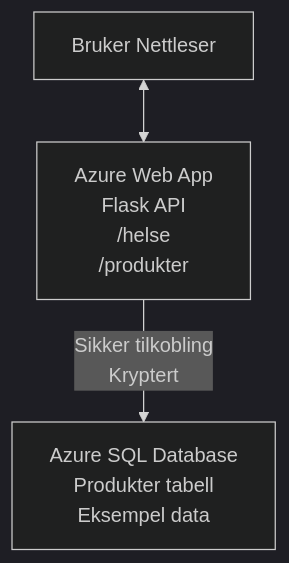
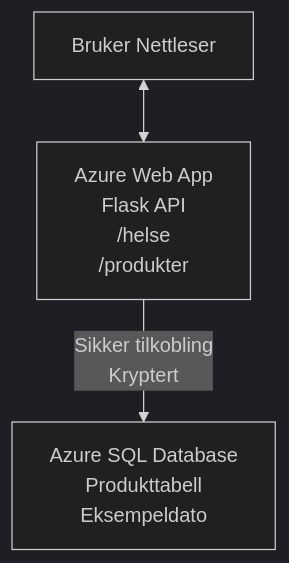
The diagram in translations/no/examples/database-app/README.md (microsoft/AZD-for-beginners), drawn with Mermaid (dark theme) before and after one commit. The commit also changed other lines of this file and 104 other files, not shown here.

````diff
--- a/translations/no/examples/database-app/README.md
+++ b/translations/no/examples/database-app/README.md
@@ -72,5 +72,5 @@
 ```mermaid
 graph TD
     Browser[Bruker Nettleser] <--> WebApp[Azure Web App<br/>Flask API<br/>/helse<br/>/produkter]
-    WebApp -- Sikker tilkobling<br/>Kryptert --> SQL[Azure SQL Database<br/>Produkter tabell<br/>Eksempel data]
+    WebApp -- Sikker tilkobling<br/>Kryptert --> SQL[Azure SQL Database<br/>Produkttabell<br/>Eksempeldato]
 ```
````
